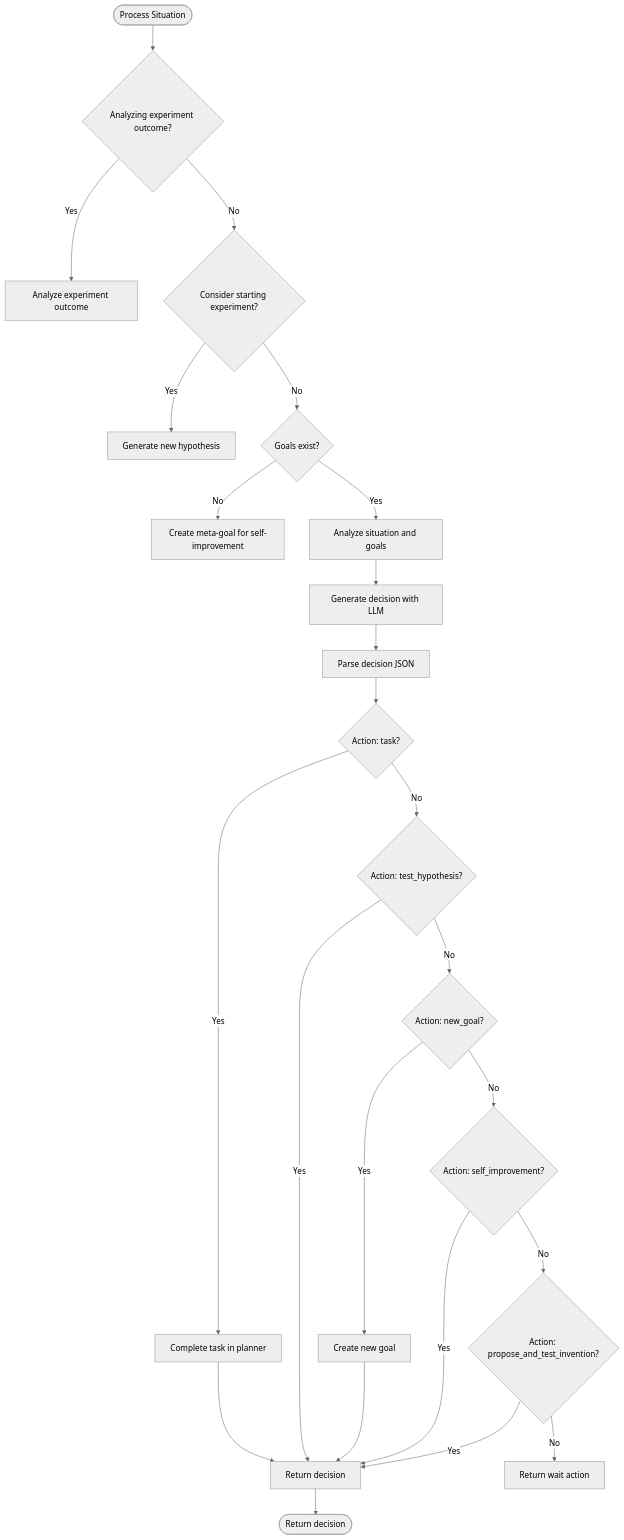
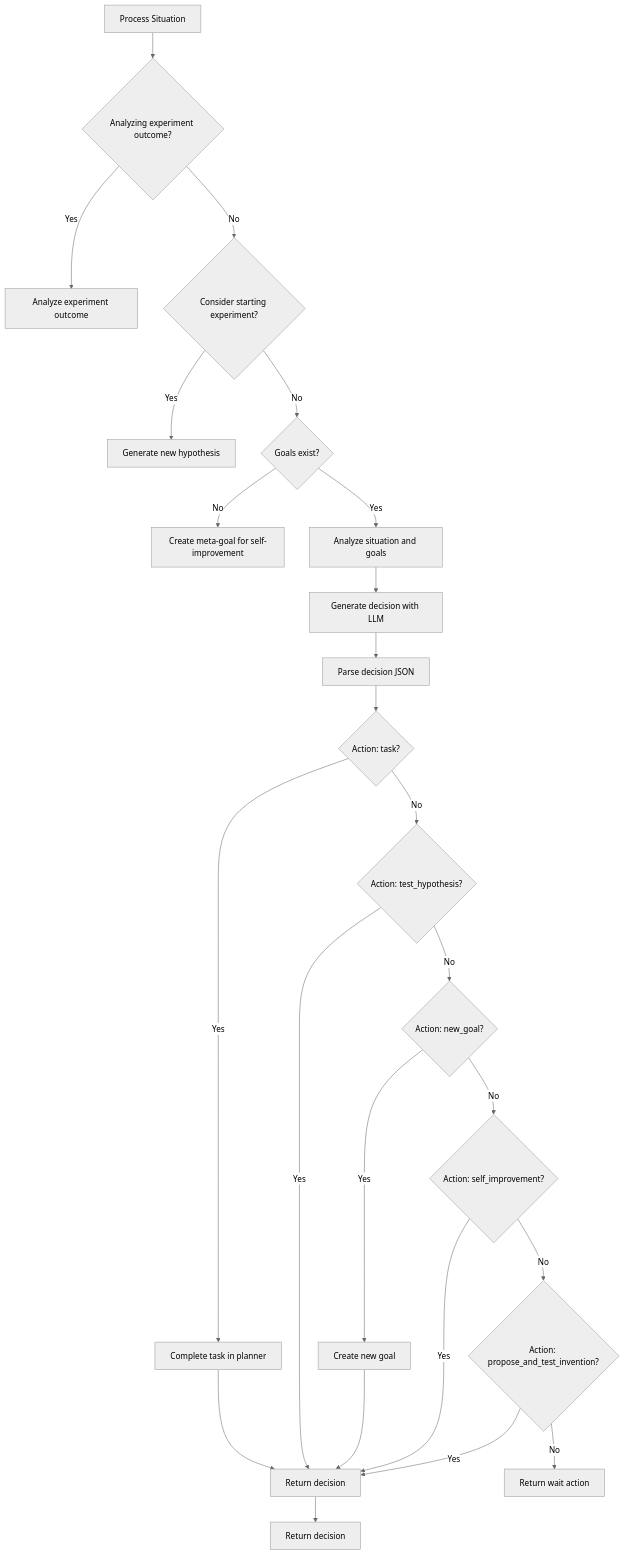
One commit to Likhithsai2580/RAVANA-WIKI changed the fourth of 10 diagrams in docs/Architecture & Design/Data Flow and Lifecycle.md. Above: the diagram before and after it, drawn with Mermaid (neutral theme). The commit also changed other lines of this file and 52 other files, not shown here.

First line of the commit message:
chore(docs): update documentation content, fix Mermaid diagrams, and enhance README

````diff
--- a/docs/Architecture & Design/Data Flow and Lifecycle.md
+++ b/docs/Architecture & Design/Data Flow and Lifecycle.md
@@ -174,26 +174,26 @@
 ```mermaid
 flowchart TD
-Start([Process Situation]) --> CheckExperiment{"Analyzing experiment outcome?"}
+Start["Process Situation"] --> CheckExperiment{"Analyzing experiment outcome?"}
 CheckExperiment --> |Yes| AnalyzeOutcome[Analyze experiment outcome]
 CheckExperiment --> |No| ConsiderExperiment{"Consider starting experiment?"}
 ConsiderExperiment --> |Yes| GenerateHypothesis[Generate new hypothesis]
 ConsiderExperiment --> |No| CheckGoals{"Goals exist?"}
 CheckGoals --> |No| CreateMetaGoal[Create meta-goal for self-improvement]
 CheckGoals --> |Yes| AnalyzeSituation[Analyze situation and goals]
 AnalyzeSituation --> GenerateDecision[Generate decision with LLM]
 GenerateDecision --> ParseDecision[Parse decision JSON]
 ParseDecision --> ExecuteTask{"Action: task?"}
 ExecuteTask --> |Yes| CompleteTask[Complete task in planner]
 ExecuteTask --> |No| TestHypothesis{"Action: test_hypothesis?"}
 TestHypothesis --> |Yes| ReturnDecision[Return decision]
 TestHypothesis --> |No| NewGoal{"Action: new_goal?"}
 NewGoal --> |Yes| CreateNewGoal[Create new goal]
 NewGoal --> |No| SelfImprovement{"Action: self_improvement?"}
 SelfImprovement --> |Yes| ReturnDecision
 SelfImprovement --> |No| ProposeInvention{"Action: propose_and_test_invention?"}
 ProposeInvention --> |Yes| ReturnDecision
 ProposeInvention --> |No| Wait[Return wait action]
 CompleteTask --> ReturnDecision
 CreateNewGoal --> ReturnDecision
-ReturnDecision --> End([Return decision])
+ReturnDecision --> End["Return decision"]
 ```
````
